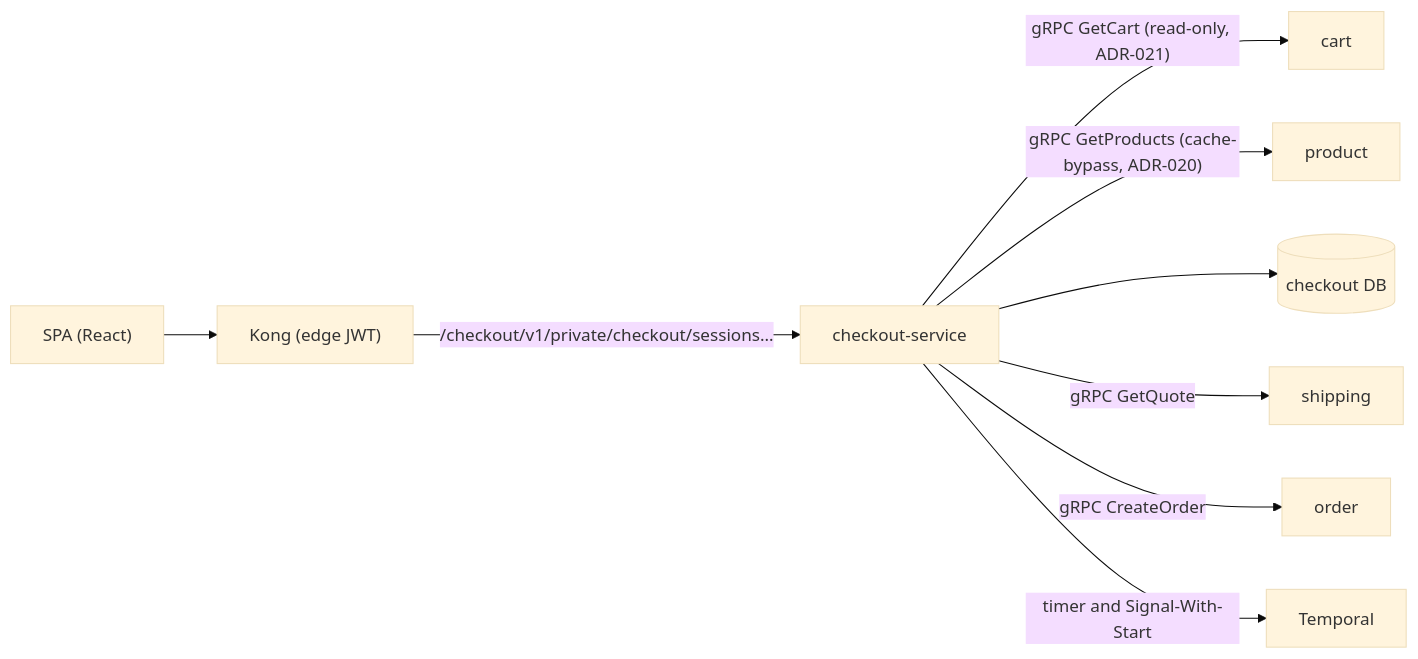
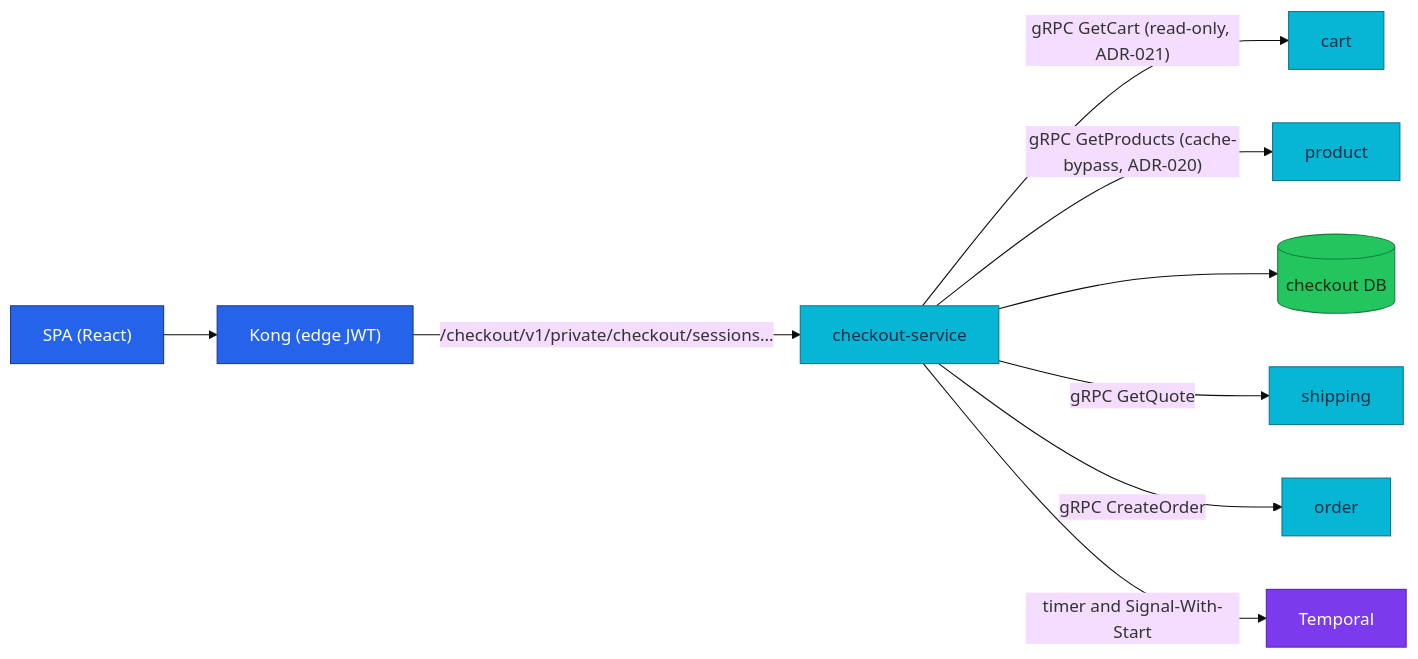
Before and after one commit to duynhlab/homelab: the second of 2 diagrams in docs/api/checkout.md, drawn with Mermaid (base theme). The commit also changed other lines of this file and 15 other files, not shown here.

First line of the commit message:
Improve API architecture diagrams (#513)

````diff
--- a/docs/api/checkout.md
+++ b/docs/api/checkout.md
@@ -84,11 +84,20 @@
 ```mermaid
 flowchart LR
     SPA["SPA (React)"] --> Kong["Kong (edge JWT)"]
     Kong -->|"/checkout/v1/private/checkout/sessions…"| CK["checkout-service"]
     CK -->|"gRPC GetCart (read-only, ADR-021)"| CART[cart]
     CK -->|"gRPC GetProducts (cache-bypass, ADR-020)"| PROD[product]
     CK --> DB[(checkout DB)]
     CK -->|"gRPC GetQuote"| SHIP[shipping]
     CK -->|"gRPC CreateOrder"| ORD[order]
     CK -->|"timer and Signal-With-Start"| TMP[Temporal]
+
+    classDef edge fill:#2563eb,color:#fff,stroke:#1e3a8a;
+    classDef service fill:#06b6d4,color:#082f49,stroke:#0e7490;
+    classDef platform fill:#7c3aed,color:#fff,stroke:#5b21b6;
+    classDef data fill:#22c55e,color:#052e16,stroke:#15803d;
+    class SPA,Kong edge;
+    class CK,CART,PROD,SHIP,ORD service;
+    class TMP platform;
+    class DB data;
 ```
````
